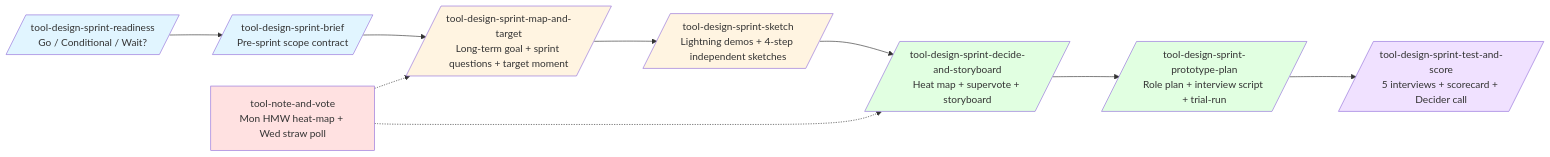
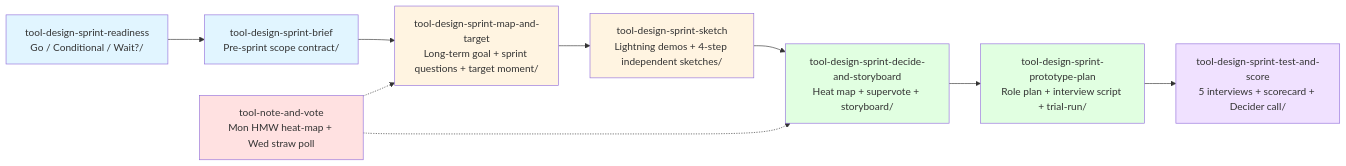
The first of 3 diagrams in docs/guides/using-design-sprint.md (product-on-purpose/pm-skills), drawn with Mermaid before and after one commit. The commit also changed other lines of this file and 187 other files, not shown here.

````diff
--- a/docs/guides/using-design-sprint.md
+++ b/docs/guides/using-design-sprint.md
@@ -18,24 +18,24 @@
 ```mermaid
 flowchart LR
-    R[/tool-design-sprint-readiness<br/>Go / Conditional / Wait?/]
-    B[/tool-design-sprint-brief<br/>Pre-sprint scope contract/]
-    MT[/tool-design-sprint-map-and-target<br/>Long-term goal + sprint questions + target moment/]
-    SK[/tool-design-sprint-sketch<br/>Lightning demos + 4-step independent sketches/]
-    DS[/tool-design-sprint-decide-and-storyboard<br/>Heat map + supervote + storyboard/]
-    PP[/tool-design-sprint-prototype-plan<br/>Role plan + interview script + trial-run/]
-    TS[/tool-design-sprint-test-and-score<br/>5 interviews + scorecard + Decider call/]
+    R[tool-design-sprint-readiness<br/>Go / Conditional / Wait?/]
+    B[tool-design-sprint-brief<br/>Pre-sprint scope contract/]
+    MT[tool-design-sprint-map-and-target<br/>Long-term goal + sprint questions + target moment/]
+    SK[tool-design-sprint-sketch<br/>Lightning demos + 4-step independent sketches/]
+    DS[tool-design-sprint-decide-and-storyboard<br/>Heat map + supervote + storyboard/]
+    PP[tool-design-sprint-prototype-plan<br/>Role plan + interview script + trial-run/]
+    TS[tool-design-sprint-test-and-score<br/>5 interviews + scorecard + Decider call/]
     NV[tool-note-and-vote<br/>Mon HMW heat-map + Wed straw poll]
 
     R --> B --> MT --> SK --> DS --> PP --> TS
     NV -.-> MT
     NV -.-> DS
 
     style R fill:#e1f5ff
     style B fill:#e1f5ff
     style MT fill:#fff4e1
     style SK fill:#fff4e1
     style DS fill:#e1ffe1
     style PP fill:#e1ffe1
     style TS fill:#f0e1ff
     style NV fill:#ffe1e1
 ```
````
